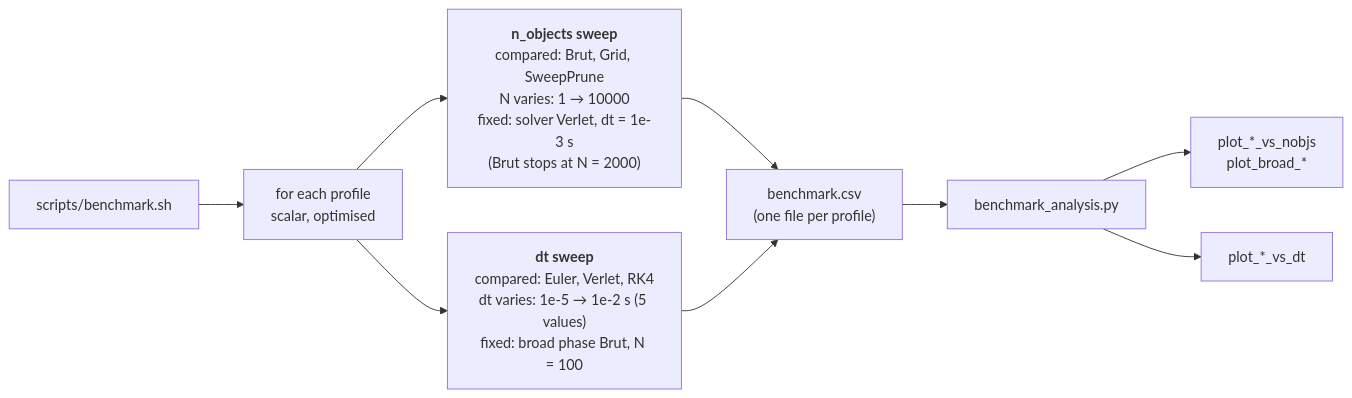
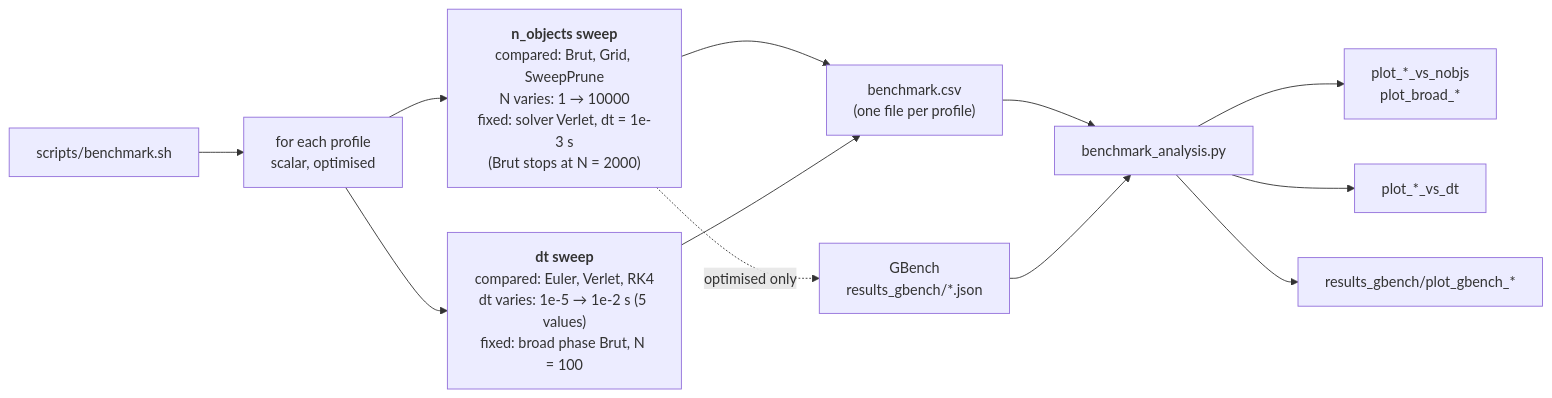
The diagram in benchmarks/performance/README.md (TomLaclavere/3DPhysicsEngine), drawn with Mermaid before and after one commit. The commit also changed other lines of this file and 16 other files, not shown here.

````diff
--- a/benchmarks/performance/README.md
+++ b/benchmarks/performance/README.md
@@ -39,11 +41,14 @@
 ```mermaid
 flowchart LR
     S["scripts/benchmark.sh"] --> P["for each profile<br/>scalar, optimised"]
     P --> N["<b>n_objects sweep</b><br/>compared: Brut, Grid, SweepPrune<br/>N varies: 1 → 10000<br/>fixed: solver Verlet, dt = 1e-3 s<br/>(Brut stops at N = 2000)"]
     P --> D["<b>dt sweep</b><br/>compared: Euler, Verlet, RK4<br/>dt varies: 1e-5 → 1e-2 s (5 values)<br/>fixed: broad phase Brut, N = 100"]
     N --> C["benchmark.csv<br/>(one file per profile)"]
     D --> C
     C --> A["benchmark_analysis.py"]
     A --> PN["plot_*_vs_nobjs<br/>plot_broad_*"]
     A --> PD["plot_*_vs_dt"]
+    N -. "optimised only" .-> G["GBench<br/>results_gbench/*.json"]
+    G --> A
+    A --> PG["results_gbench/plot_gbench_*"]
 ```
````
